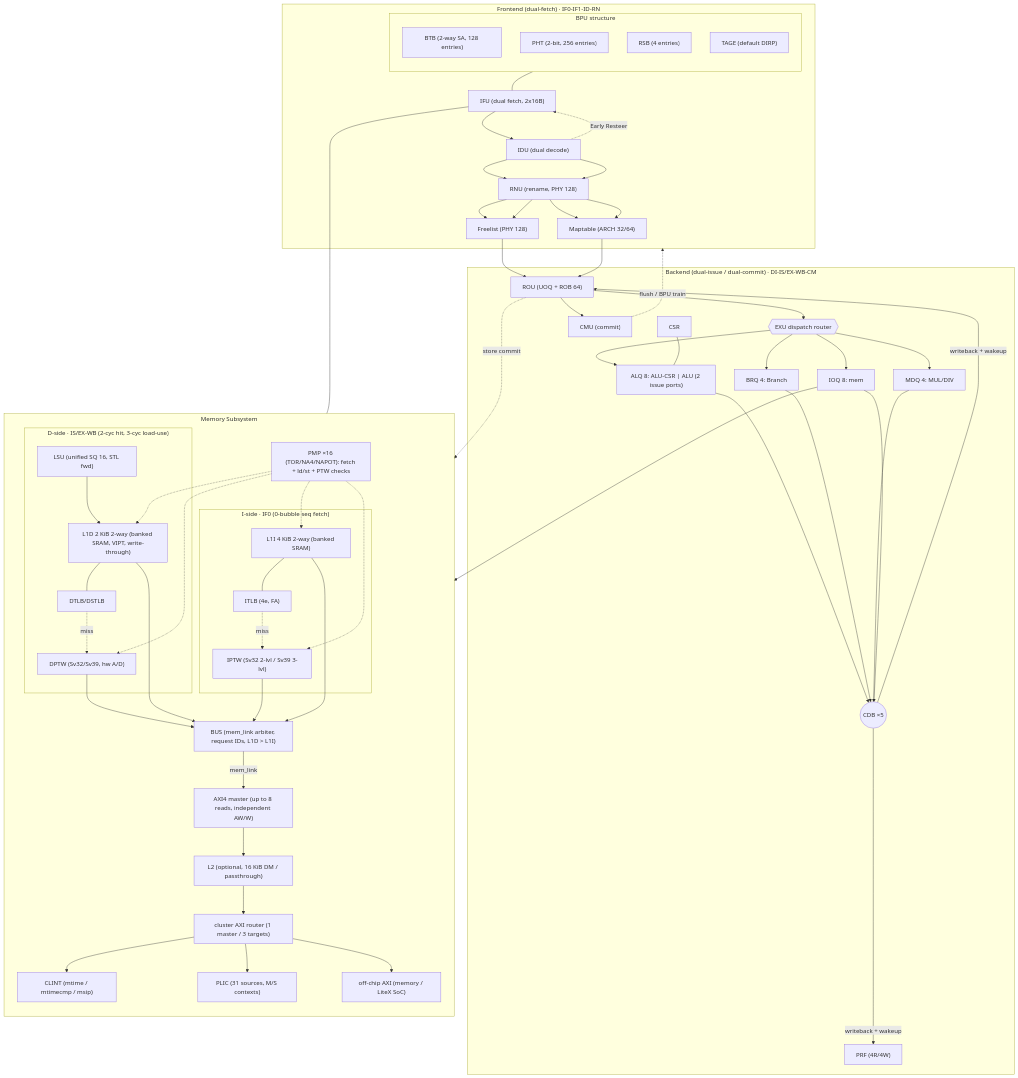
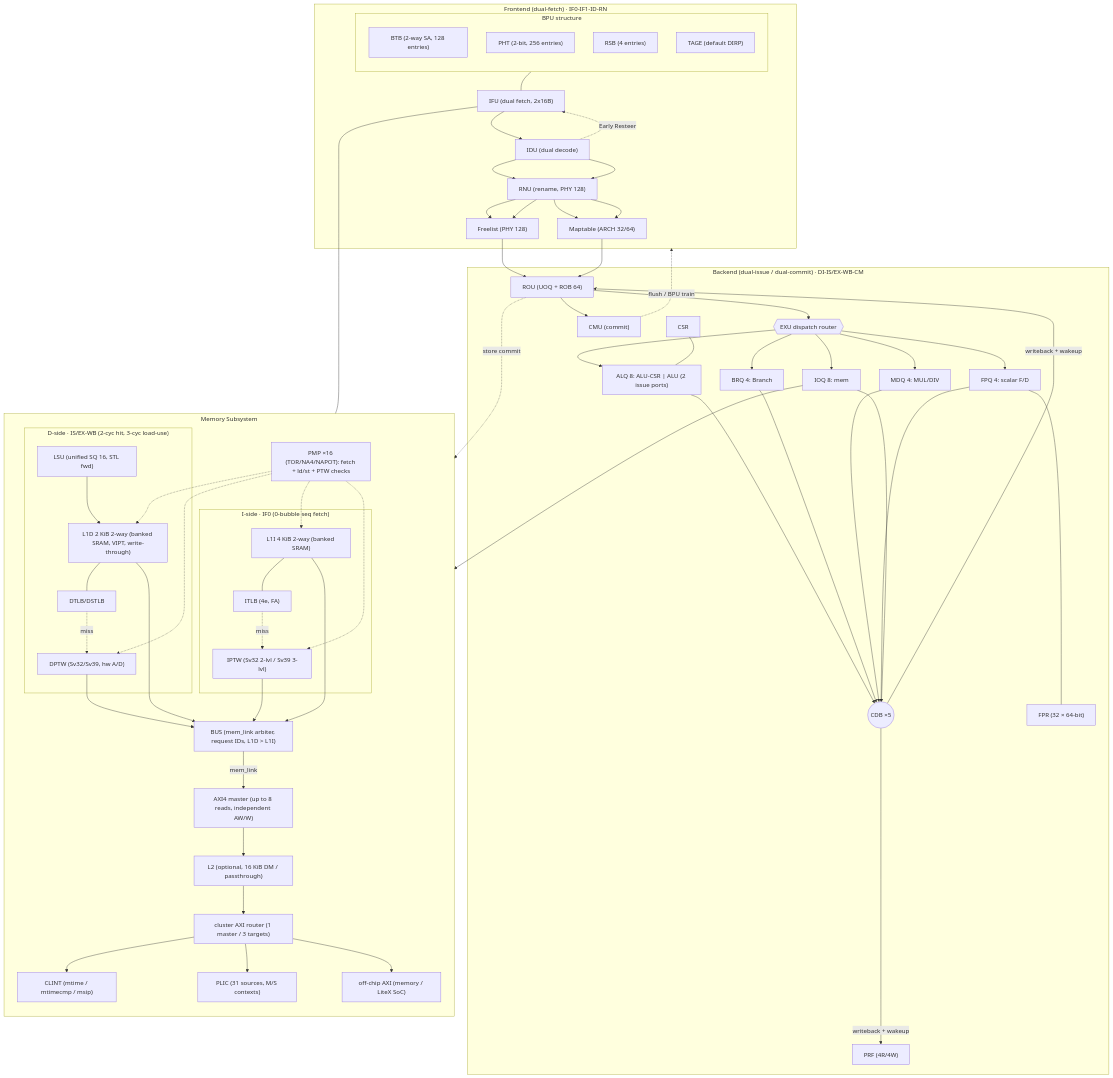
The diagram in README.md (Kingfish404/raptor-chip), drawn with Mermaid before and after one commit. The commit also changed other lines of this file and 223 other files, not shown here.

````diff
--- a/README.md
+++ b/README.md
@@ -38,73 +43,76 @@
 ```mermaid
 flowchart TD
   subgraph BPU["BPU structure"]
     direction TD
     BTB["BTB (2-way SA, 128 entries)"]
     PHT["PHT (2-bit, 256 entries)"]
     RSB["RSB (4 entries)"]
     TAGE["TAGE (default DIRP)"]
   end
   subgraph FE["Frontend (dual-fetch) · IF0-IF1-ID-RN"]
     BPU["BPU (TAGE/BTB/RSB)"]
     IFU["IFU (dual fetch, 2x16B)"]
     IDU["IDU (dual decode)"]
     RNU["RNU (rename, PHY 128)"]
     FL["Freelist (PHY 128)"]
     MAP["Maptable (ARCH 32/64)"]
   end
   subgraph BE["Backend (dual-issue / dual-commit) · DI-IS/EX-WB-CM"]
     ROU["ROU (UOQ + ROB 64)"]
     RT{{"EXU dispatch router"}}
     PAB["ALQ 8: ALU-CSR | ALU (2 issue ports)"]
     PBR["BRQ 4: Branch"]
     PM["MDQ 4: MUL/DIV"]
+    PF["FPQ 4: scalar F/D"]
     PQ["IOQ 8: mem"]
     CDB(("CDB ×5"))
     PRF["PRF (4R/4W)"]
+    FPR["FPR (32 × 64-bit)"]
     CMU["CMU (commit)"]
     CSR
   end
   subgraph MEM["Memory Subsystem"]
     direction TD
     subgraph IMEM["I-side · IF0 (0-bubble seq fetch)"]
       L1I["L1I 4 KiB 2-way (banked SRAM)"]
       ITLB["ITLB (4e, FA)"]
       IPTW["IPTW (Sv32 2-lvl / Sv39 3-lvl)"]
     end
     subgraph DMEM["D-side · IS/EX-WB (2-cyc hit, 3-cyc load-use)"]
       LSU["LSU (unified SQ 16, STL fwd)"]
       L1D["L1D 2 KiB 2-way (banked SRAM, VIPT, write-through)"]
       DTLB["DTLB/DSTLB"]
       DPTW["DPTW (Sv32/Sv39, hw A/D)"]
     end
     PMPC["PMP ×16 (TOR/NA4/NAPOT): fetch + ld/st + PTW checks"]
     BUS["BUS (mem_link arbiter, request IDs, L1D > L1I)"]
     AXIM["AXI4 master (up to 8 reads, independent AW/W)"]
     L2["L2 (optional, 16 KiB DM / passthrough)"]
     RTR["cluster AXI router (1 master / 3 targets)"]
     CLINT["CLINT (mtime / mtimecmp / msip)"]
     PLIC["PLIC (31 sources, M/S contexts)"]
     EXT["off-chip AXI (memory / LiteX SoC)"]
   end
   BPU --- IFU
   IFU --> IDU --> RNU --> FL & MAP
   IDU -."Early Resteer".-> IFU
   IDU --> RNU --> FL & MAP --> ROU --> RT
-  RT --> PAB & PBR & PM & PQ
-  PAB & PBR & PM & PQ --> CDB
+  RT --> PAB & PBR & PM & PF & PQ
+  PAB & PBR & PM & PF & PQ --> CDB
   CDB -->|"writeback + wakeup"| ROU & PRF
+  PF --- FPR
   ROU --> CMU
   ROU -."store commit".-> LSU
   CMU -."flush / BPU train".-> FE
   CSR --- PAB
   IFU --- L1I
   L1I --- ITLB
   ITLB -."miss".-> IPTW
   PQ --> LSU --> L1D
   L1D --- DTLB
   DTLB -."miss".-> DPTW
   PMPC -.-> L1I & L1D & IPTW & DPTW
   L1I & L1D & IPTW & DPTW --> BUS
   BUS -->|mem_link| AXIM --> L2 --> RTR
   RTR --> CLINT & PLIC & EXT
 ```
````
